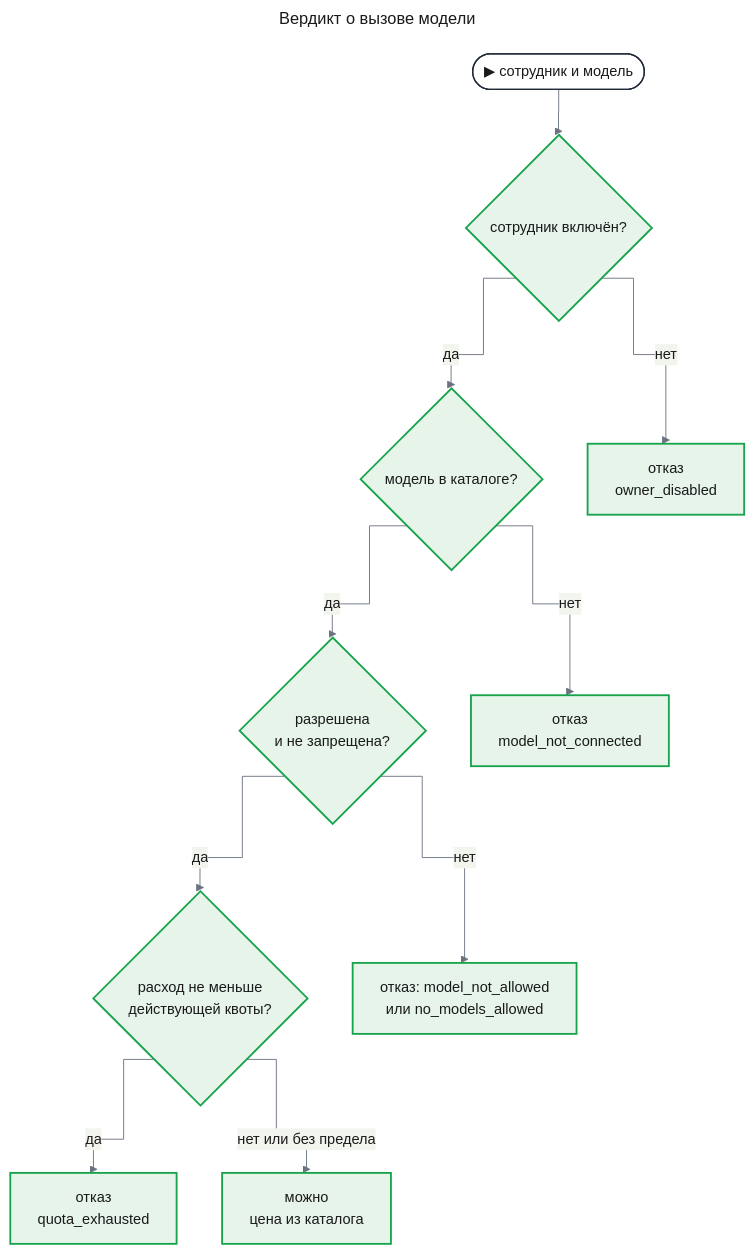
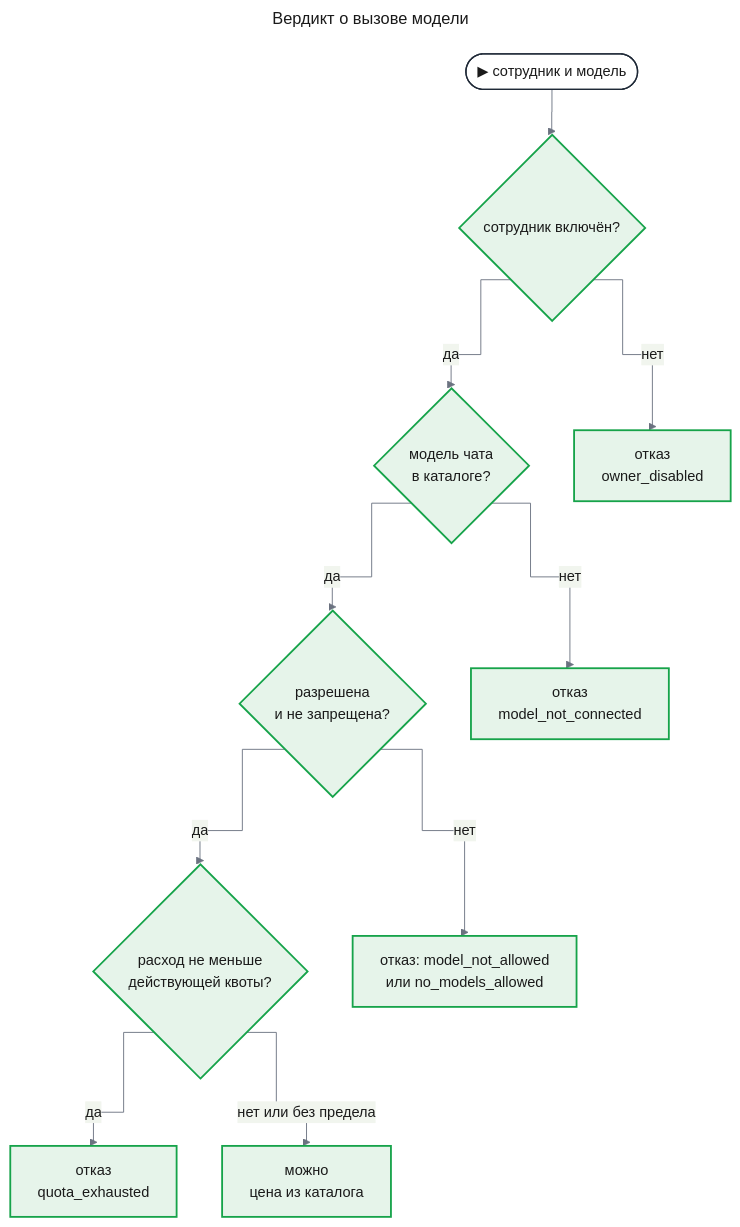
Before and after one commit to tundraray/agent-os: the third of 6 diagrams in docs/features/enterprise-access/design-access.md, drawn with Mermaid. The commit also changed other lines of this file and 1225 other files, not shown here.

````diff
--- a/docs/features/enterprise-access/design-access.md
+++ b/docs/features/enterprise-access/design-access.md
@@ -326,40 +293,40 @@
 ```mermaid
 ---
 title: "Вердикт о вызове модели"
 config:
   theme: base
   look: classic
   themeVariables:
     primaryColor: "#eef1f5"
     primaryBorderColor: "#4b5563"
     primaryTextColor: "#1a1a1a"
     lineColor: "#6b7280"
   flowchart:
     curve: step
 ---
 flowchart TD
     ask(["▶ сотрудник и модель"])
     active{"сотрудник включён?"}
-    cat{"модель в каталоге?"}
+    cat{"модель чата<br/>в каталоге?"}
     allow{"разрешена<br/>и не запрещена?"}
     quota{"расход не меньше<br/>действующей квоты?"}
     stop["отказ<br/>owner_disabled"]
     nc["отказ<br/>model_not_connected"]
     na["отказ: model_not_allowed<br/>или no_models_allowed"]
     qe["отказ<br/>quota_exhausted"]
     go["можно<br/>цена из каталога"]
     ask --> active
     active -->|"нет"| stop
     active -->|"да"| cat
     cat -->|"нет"| nc
     cat -->|"да"| allow
     allow -->|"нет"| na
     allow -->|"да"| quota
     quota -->|"да"| qe
     quota -->|"нет или без предела"| go
     classDef entry fill:#ffffff,stroke:#1f2937,stroke-width:1.5px,color:#1a1a1a
     classDef new fill:#e6f4ea,stroke:#16a34a,stroke-width:2px,color:#1a1a1a
     classDef unchanged fill:#eef1f5,stroke:#4b5563,stroke-width:1.5px,color:#1a1a1a
     class ask entry
     class active,stop,cat,allow,quota,nc,na,qe,go new
 ```
````
